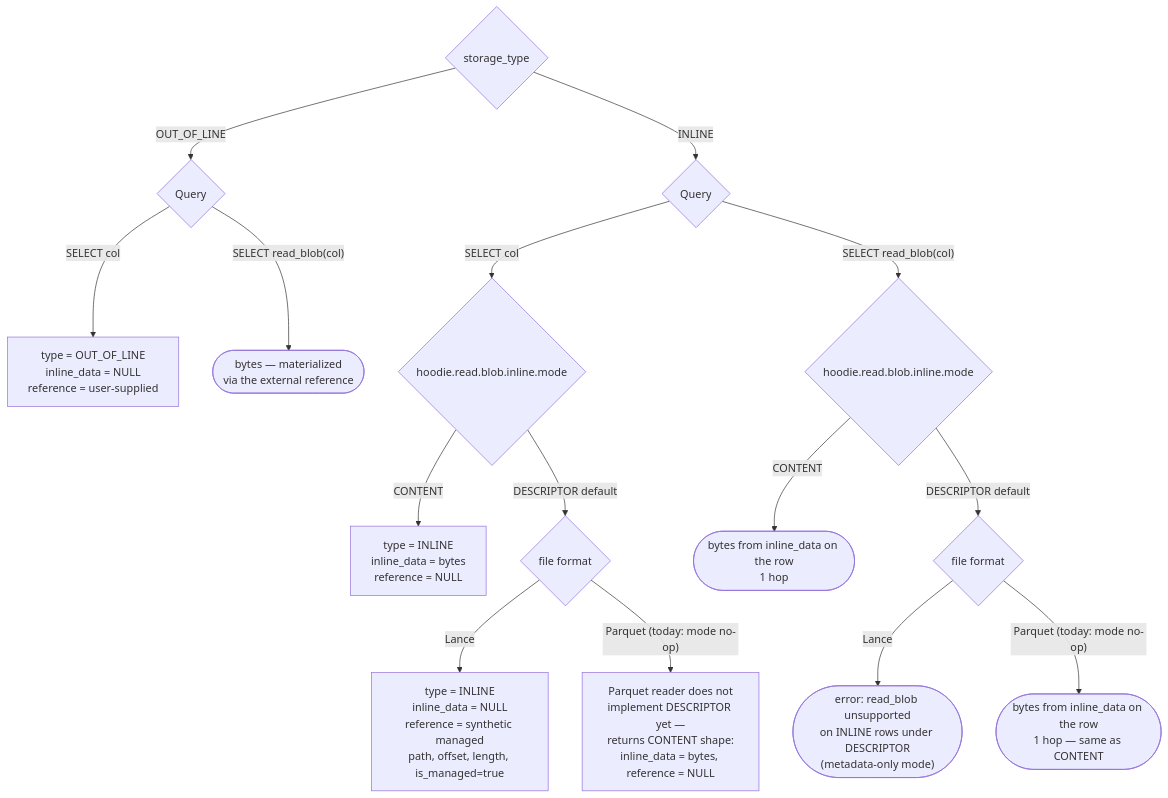
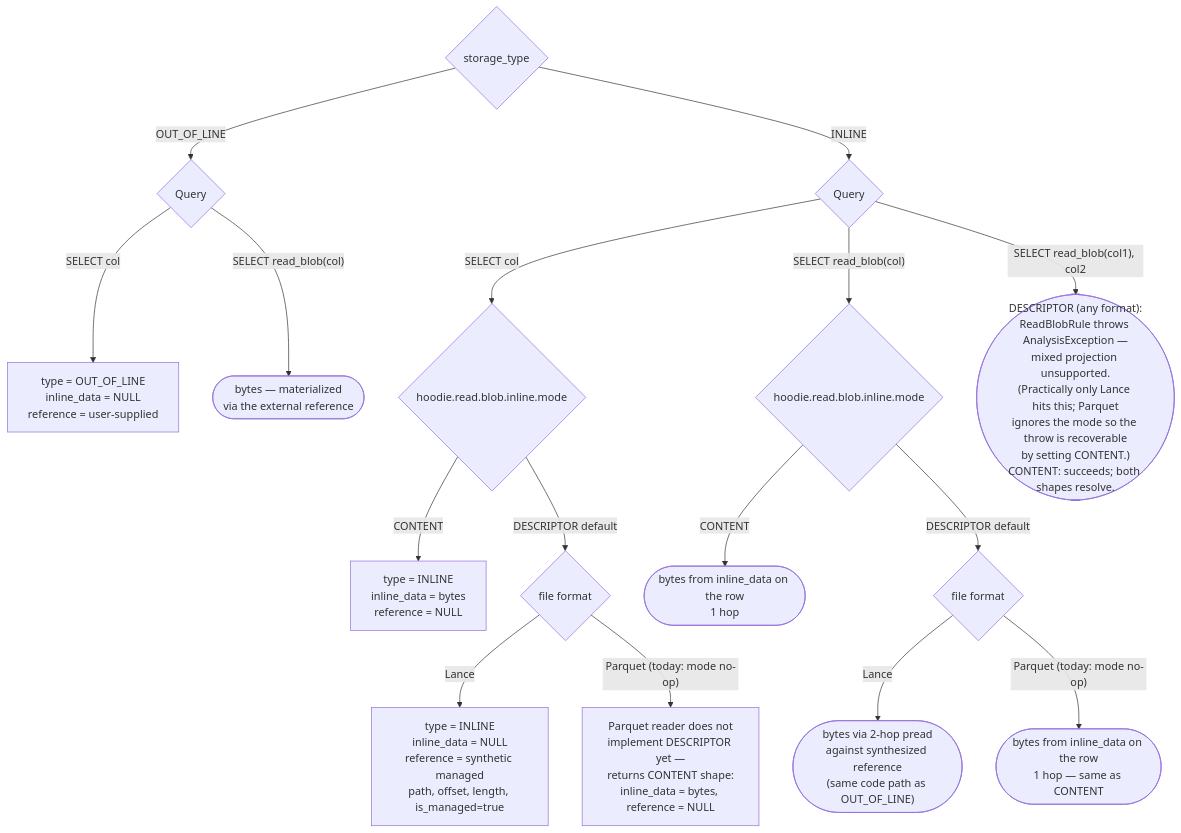
Before and after one commit to apache/hudi: the first of 2 diagrams in rfc/rfc-100/rfc-100.md, drawn with Mermaid. The commit also changed other lines of this file and 4 other files, not shown here.

Commit message:
align with ethan expectation for only throwing during mixed usage of read_blob, and directly selecting on blob column

````diff
--- a/rfc/rfc-100/rfc-100.md
+++ b/rfc/rfc-100/rfc-100.md
@@ -172,21 +174,23 @@
 ```mermaid
 flowchart TD
     ST{storage_type}
 
     ST -->|OUT_OF_LINE| QO{Query}
     QO -->|"SELECT col"| OOL["type = OUT_OF_LINE<br/>inline_data = NULL<br/>reference = user-supplied"]
     QO -->|"SELECT read_blob(col)"| RBO(["bytes — materialized<br/>via the external reference"])
 
     ST -->|INLINE| QI{Query}
     QI -->|"SELECT col"| M{hoodie.read.blob.inline.mode}
     M -->|CONTENT| CONT["type = INLINE<br/>inline_data = bytes<br/>reference = NULL"]
     M -->|DESCRIPTOR default| F{file format}
     F -->|Lance| LD["type = INLINE<br/>inline_data = NULL<br/>reference = synthetic managed<br/>path, offset, length, is_managed=true"]
     F -->|"Parquet (today: mode no-op)"| PD["Parquet reader does not<br/>implement DESCRIPTOR yet —<br/>returns CONTENT shape:<br/>inline_data = bytes, reference = NULL"]
 
     QI -->|"SELECT read_blob(col)"| RM{hoodie.read.blob.inline.mode}
     RM -->|CONTENT| RBC(["bytes from inline_data on the row<br/>1 hop"])
     RM -->|DESCRIPTOR default| RF{file format}
-    RF -->|Lance| RBL(["error: read_blob unsupported<br/>on INLINE rows under DESCRIPTOR<br/>(metadata-only mode)"])
+    RF -->|Lance| RBL(["bytes via 2-hop pread<br/>against synthesized reference<br/>(same code path as OUT_OF_LINE)"])
     RF -->|"Parquet (today: mode no-op)"| RBP(["bytes from inline_data on the row<br/>1 hop — same as CONTENT"])
+
+    QI -->|"SELECT read_blob(col1), col2"| MIX(["DESCRIPTOR (any format):<br/>ReadBlobRule throws AnalysisException —<br/>mixed projection unsupported.<br/>(Practically only Lance hits this; Parquet<br/>ignores the mode so the throw is recoverable<br/>by setting CONTENT.)<br/>CONTENT: succeeds; both shapes resolve."])
 ```
````
